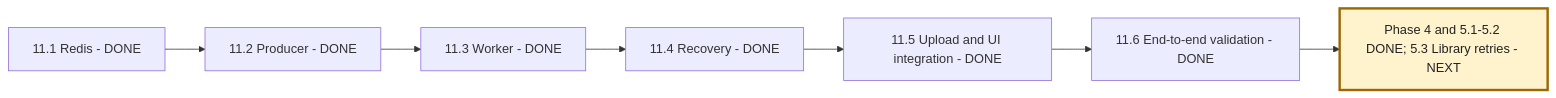
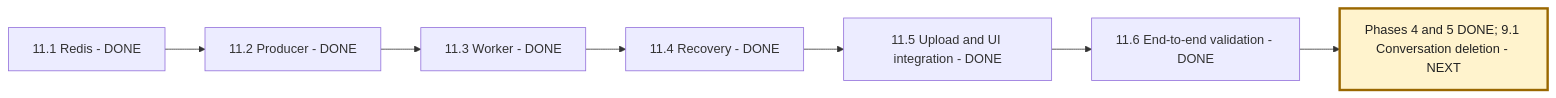
Before and after one commit to msdian0007/nexaAi: the third of 3 diagrams in NEXAAI_ROADMAP.md, drawn with Mermaid. The commit also changed other lines of this file and 8 other files, not shown here.

````diff
--- a/NEXAAI_ROADMAP.md
+++ b/NEXAAI_ROADMAP.md
@@ -256,10 +255,10 @@
 ```mermaid
 flowchart LR
     A[11.1 Redis - DONE] --> B[11.2 Producer - DONE]
     B --> C[11.3 Worker - DONE]
     C --> D[11.4 Recovery - DONE]
     D --> E[11.5 Upload and UI integration - DONE]
     E --> F[11.6 End-to-end validation - DONE]
-    F --> G[Phase 4 and 5.1-5.2 DONE; 5.3 Library retries - NEXT]
+    F --> G[Phases 4 and 5 DONE; 9.1 Conversation deletion - NEXT]
     style G fill:#fff3cd,stroke:#9a6700,stroke-width:3px,color:#222
 ```
````
